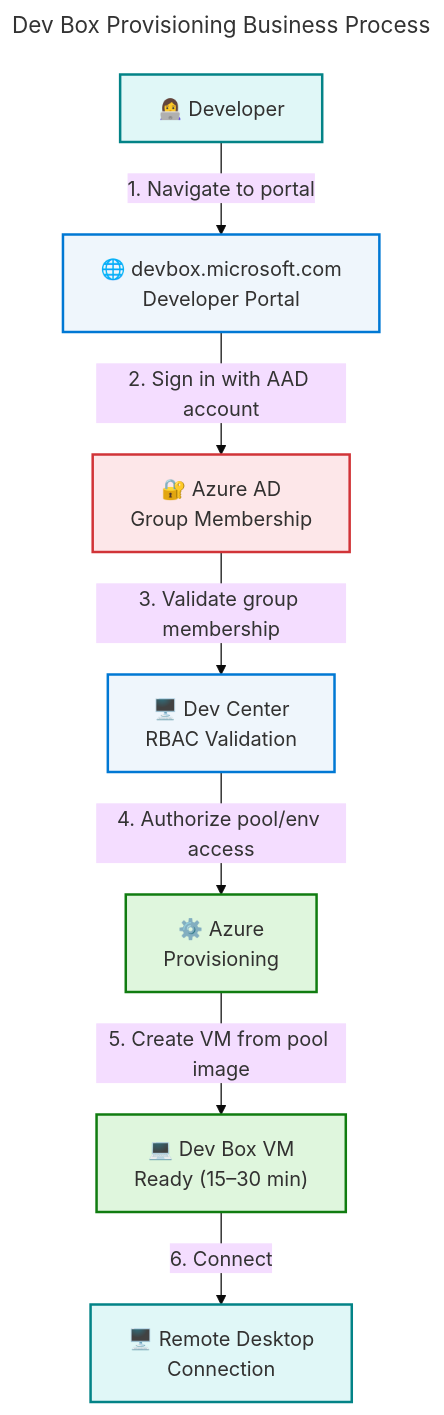
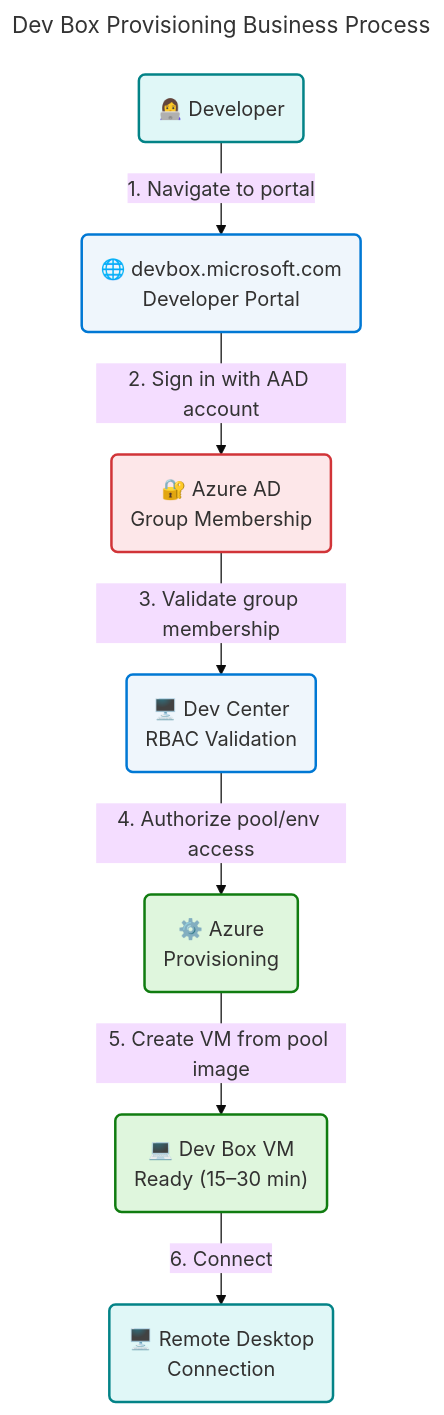
The fourth of 6 diagrams in docs/architecture/business-architecture.md (Evilazaro/DevExp-DevBox), drawn with Mermaid before and after one commit. The commit also changed other lines of this file, not shown here.

Commit message:
refactor: update flowchart syntax for improved readability in business architecture documentation

````diff
--- a/docs/architecture/business-architecture.md
+++ b/docs/architecture/business-architecture.md
@@ -475,47 +475,47 @@
 ```mermaid
 ---
 title: "Dev Box Provisioning Business Process"
 config:
   theme: base
   look: classic
   layout: dagre
   themeVariables:
     fontSize: '16px'
   flowchart:
     htmlLabels: true
 ---
 flowchart TD
     accTitle: Dev Box Provisioning Business Process
     accDescr: Current state business process flow from developer request to Dev Box availability, showing all actors and decision points in the provisioning workflow
 
     %% ═══════════════════════════════════════════════════════════════════════════
     %% AZURE / FLUENT ARCHITECTURE PATTERN v1.1
     %% (Semantic + Structural + Font + Accessibility Governance)
     %% ═══════════════════════════════════════════════════════════════════════════
     %% PHASE 1 - FLUENT UI: All styling uses approved Fluent UI palette only
     %% PHASE 2 - GROUPS: Every subgraph has semantic color via style directive
     %% PHASE 3 - COMPONENTS: Every node has semantic classDef + icon prefix
     %% PHASE 4 - ACCESSIBILITY: accTitle/accDescr present, WCAG AA contrast
     %% PHASE 5 - STANDARD: Governance block present, classDefs centralized
     %% ═══════════════════════════════════════════════════════════════════════════
 
-    DEV["👩‍💻 Developer"]:::external
-    PORTAL["🌐 devbox.microsoft.com\nDeveloper Portal"]:::core
-    AAD["🔐 Azure AD\nGroup Membership"]:::danger
-    DC["🖥️ Dev Center\nRBAC Validation"]:::core
-    PROV["⚙️ Azure\nProvisioning"]:::success
-    VM["💻 Dev Box VM\nReady (15–30 min)"]:::success
-    RDP["🖥️ Remote Desktop\nConnection"]:::external
+    DEV("👩‍💻 Developer"):::external
+    PORTAL("🌐 devbox.microsoft.com\nDeveloper Portal"):::core
+    AAD("🔐 Azure AD\nGroup Membership"):::danger
+    DC("🖥️ Dev Center\nRBAC Validation"):::core
+    PROV("⚙️ Azure\nProvisioning"):::success
+    VM("💻 Dev Box VM\nReady (15–30 min)"):::success
+    RDP("🖥️ Remote Desktop\nConnection"):::external
 
     DEV -->|"1. Navigate to portal"| PORTAL
     PORTAL -->|"2. Sign in with AAD account"| AAD
     AAD -->|"3. Validate group membership"| DC
     DC -->|"4. Authorize pool/env access"| PROV
     PROV -->|"5. Create VM from pool image"| VM
     VM -->|"6. Connect"| RDP
 
     classDef core     fill:#EFF6FC,stroke:#0078D4,stroke-width:2px,color:#323130
     classDef success  fill:#DFF6DD,stroke:#107C10,stroke-width:2px,color:#323130
     classDef danger   fill:#FDE7E9,stroke:#D13438,stroke-width:2px,color:#323130
     classDef external fill:#E0F7F7,stroke:#038387,stroke-width:2px,color:#323130
 ```
````
